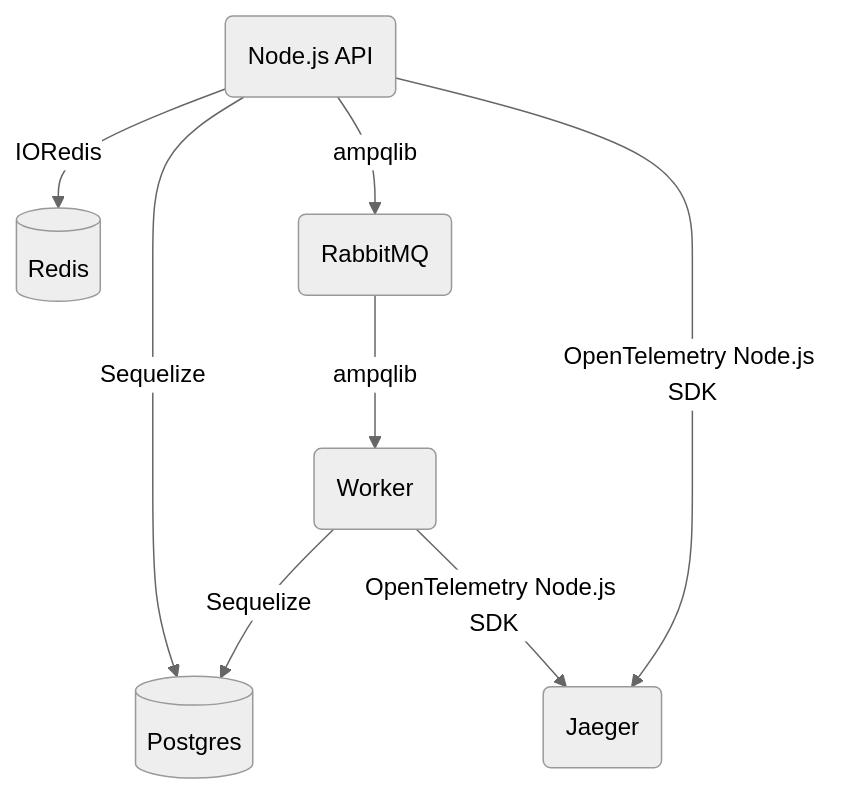
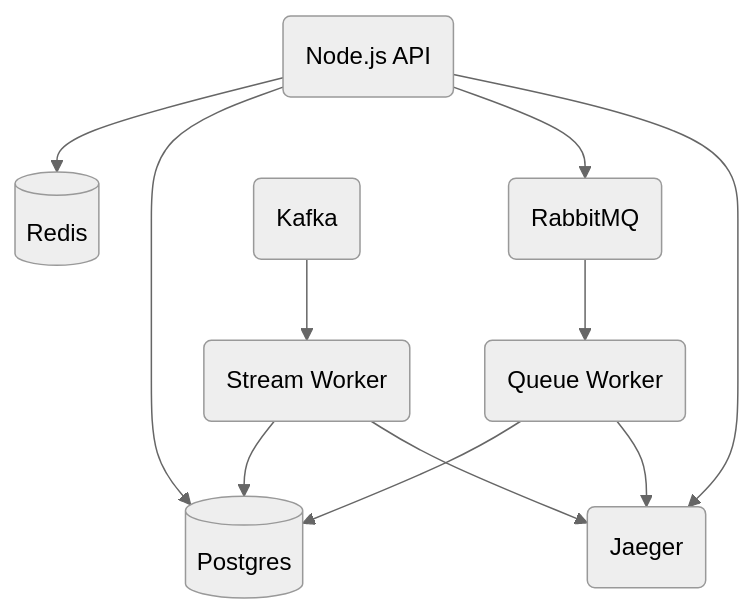
Before and after one commit to kubeshop/tracetest: the diagram in docs/docs/live-examples/pokeshop/overview.md, drawn with Mermaid (neutral theme). The commit also changed other lines of this file and 2 other files, not shown here.

Commit message:
wip - update pokeshop docs

````diff
--- a/docs/docs/live-examples/pokeshop/overview.md
+++ b/docs/docs/live-examples/pokeshop/overview.md
@@ -33,17 +35,22 @@
 ```mermaid
 flowchart TD
     A[(Redis)]
     B[(Postgres)]
     C(Node.js API)
     D(RabbitMQ)
-    E(Worker)
+    E(Queue Worker)
     F(Jaeger)
+    G(Kafka)
+    H(Stream Worker)
 
-    C --> |IORedis| A
-    C --> |Sequelize| B
-    C --> |ampqlib| D
-    D --> |ampqlib| E
-    E --> |Sequelize| B
-    C --> |OpenTelemetry Node.js SDK| F
-    E --> |OpenTelemetry Node.js SDK| F
+    C --> A
+    C --> B
+    C --> D
+    D --> E
+    E --> B
+    C --> F
+    E --> F
+    G --> H
+    H --> B
+    H --> F
 ```
````
